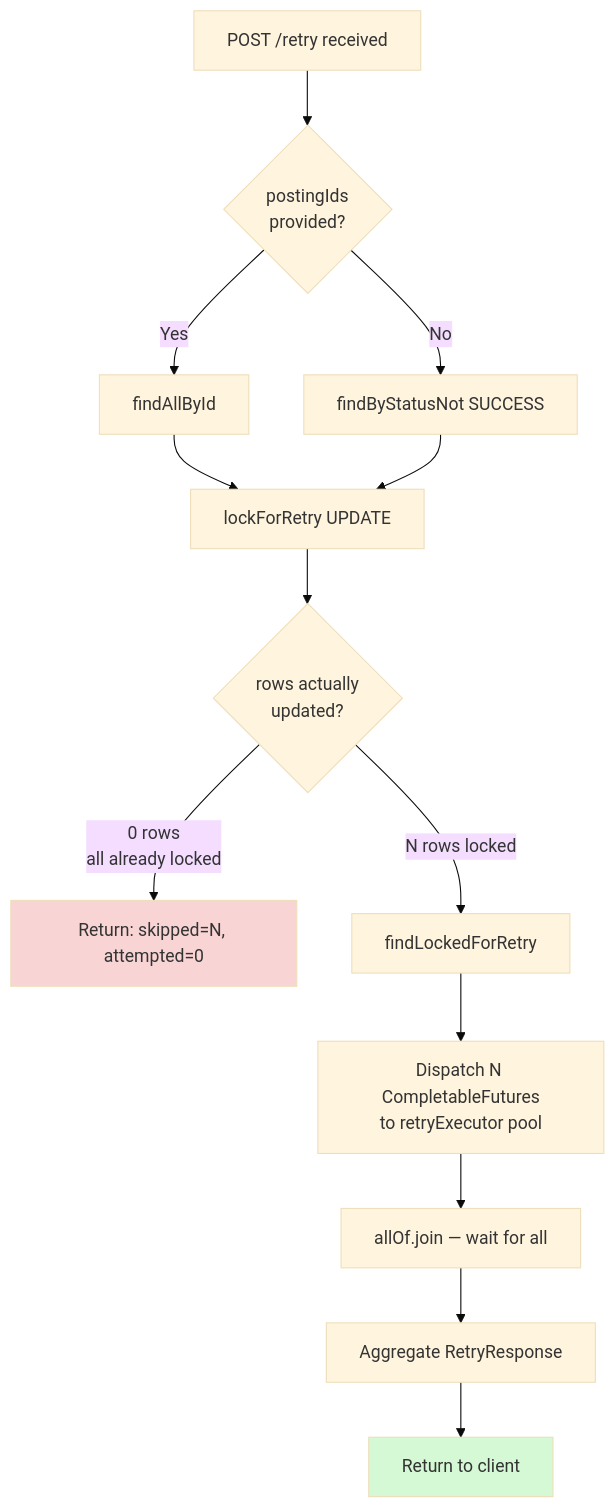
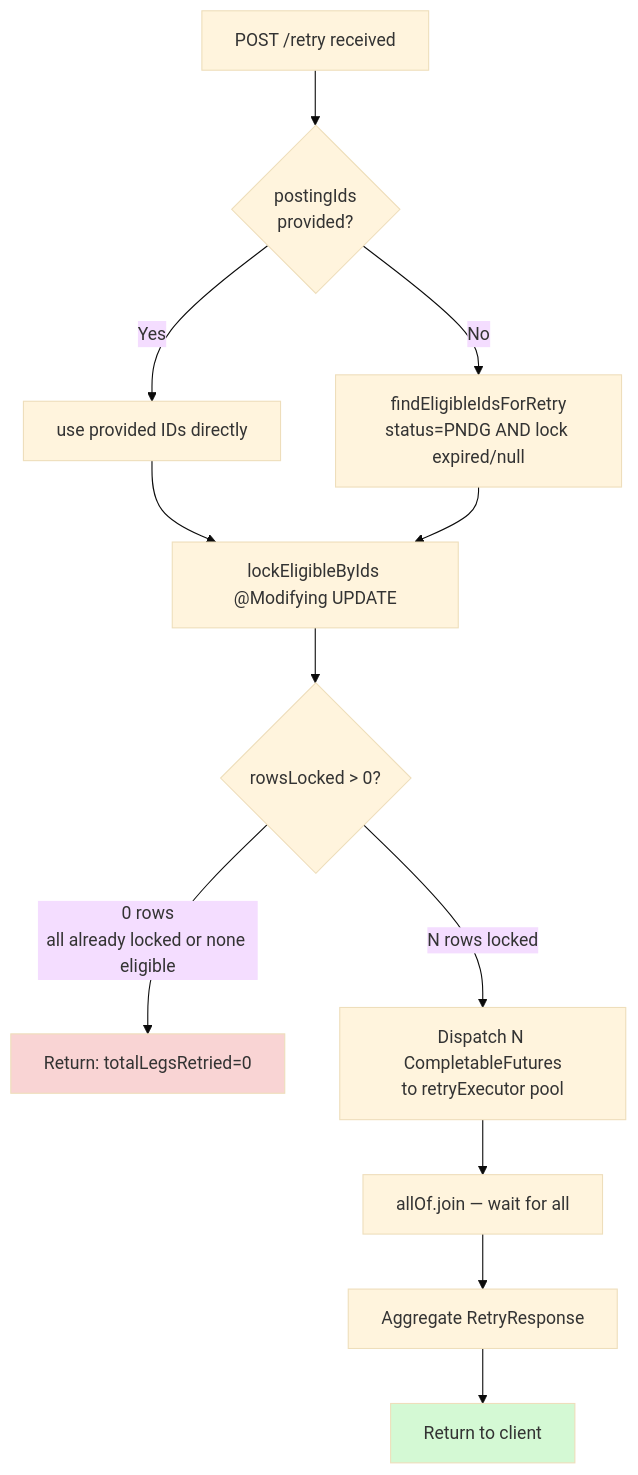
Before and after one commit to sajithraj/account-posting: the third of 3 diagrams in docs/04-sequence-retry.md, drawn with Mermaid (base theme). The commit also changed other lines of this file and 5 other files, not shown here.

````diff
--- a/docs/04-sequence-retry.md
+++ b/docs/04-sequence-retry.md
@@ -141,18 +139,17 @@
 ```mermaid
 flowchart TD
     A[POST /retry received] --> B{postingIds<br/>provided?}
-    B -- Yes --> C[findAllById]
-    B -- No --> D[findByStatusNot SUCCESS]
-    C --> E[lockForRetry UPDATE]
+    B -- Yes --> C[use provided IDs directly]
+    B -- No --> D[findEligibleIdsForRetry<br/>status=PNDG AND lock expired/null]
+    C --> E[lockEligibleByIds @Modifying UPDATE]
     D --> E
-    E --> F{rows actually<br/>updated?}
-    F -- 0 rows<br/>all already locked --> G[Return: skipped=N, attempted=0]
-    F -- N rows locked --> H[findLockedForRetry]
-    H --> I[Dispatch N CompletableFutures<br/>to retryExecutor pool]
+    E --> F{rowsLocked > 0?}
+    F -- 0 rows<br/>all already locked or none eligible --> G[Return: totalLegsRetried=0]
+    F -- N rows locked --> I[Dispatch N CompletableFutures<br/>to retryExecutor pool]
     I --> J[allOf.join — wait for all]
     J --> K[Aggregate RetryResponse]
     K --> L[Return to client]
 
     style G fill:#f9d4d4
     style L fill:#d4f9d4
 ```
````
